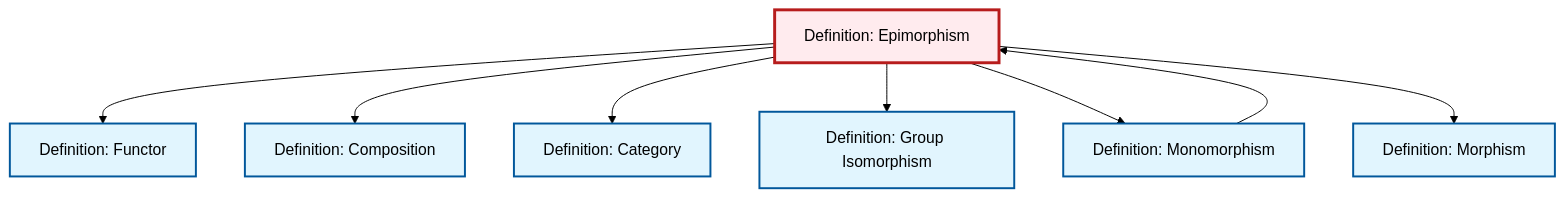
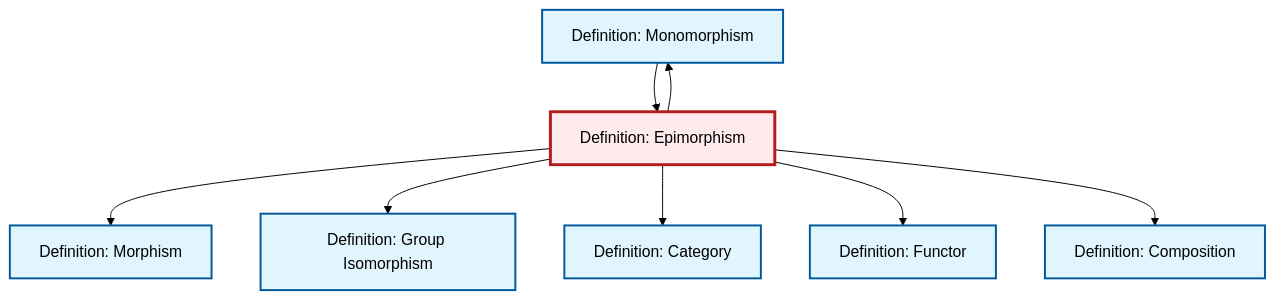
Before and after one commit to RK0429/ModernMath: the diagram in content/ja/category-theory/def-epimorphism.qmd, drawn with Mermaid (forest theme). The commit also changed other lines of this file and 619 other files, not shown here.

````diff
--- a/content/ja/category-theory/def-epimorphism.qmd
+++ b/content/ja/category-theory/def-epimorphism.qmd
@@ -97,30 +97,30 @@
 ```{mermaid}
 %%| fig-cap: "Local dependency graph"
 graph TD
     classDef definition fill:#e1f5fe,stroke:#01579b,stroke-width:2px
     classDef theorem fill:#f3e5f5,stroke:#4a148c,stroke-width:2px
     classDef axiom fill:#fff3e0,stroke:#e65100,stroke-width:2px
     classDef example fill:#e8f5e9,stroke:#1b5e20,stroke-width:2px
     classDef current fill:#ffebee,stroke:#b71c1c,stroke-width:3px
-    def-epimorphism["Definition: Epimorphism"]:::definition
-    def-category["Definition: Category"]:::definition
-    def-isomorphism["Definition: Group Isomorphism"]:::definition
-    def-morphism["Definition: Morphism"]:::definition
-    def-monomorphism["Definition: Monomorphism"]:::definition
     def-composition["Definition: Composition"]:::definition
     def-functor["Definition: Functor"]:::definition
+    def-monomorphism["Definition: Monomorphism"]:::definition
+    def-epimorphism["Definition: Epimorphism"]:::definition
+    def-morphism["Definition: Morphism"]:::definition
+    def-isomorphism["Definition: Group Isomorphism"]:::definition
+    def-category["Definition: Category"]:::definition
+    def-epimorphism --> def-morphism
     def-monomorphism --> def-epimorphism
+    def-epimorphism --> def-isomorphism
+    def-epimorphism --> def-category
     def-epimorphism --> def-functor
     def-epimorphism --> def-composition
-    def-epimorphism --> def-category
-    def-epimorphism --> def-isomorphism
     def-epimorphism --> def-monomorphism
-    def-epimorphism --> def-morphism
     class def-epimorphism current
-    click def-category "def-category.html" "Definition: Categoryへ"
-    click def-isomorphism "def-isomorphism.html" "Definition: Group Isomorphismへ"
-    click def-morphism "def-morphism.html" "Definition: Morphismへ"
-    click def-monomorphism "def-monomorphism.html" "Definition: Monomorphismへ"
     click def-composition "def-composition.html" "Definition: Compositionへ"
     click def-functor "def-functor.html" "Definition: Functorへ"
+    click def-monomorphism "def-monomorphism.html" "Definition: Monomorphismへ"
+    click def-morphism "def-morphism.html" "Definition: Morphismへ"
+    click def-isomorphism "def-isomorphism.html" "Definition: Group Isomorphismへ"
+    click def-category "def-category.html" "Definition: Categoryへ"
 ```
````
